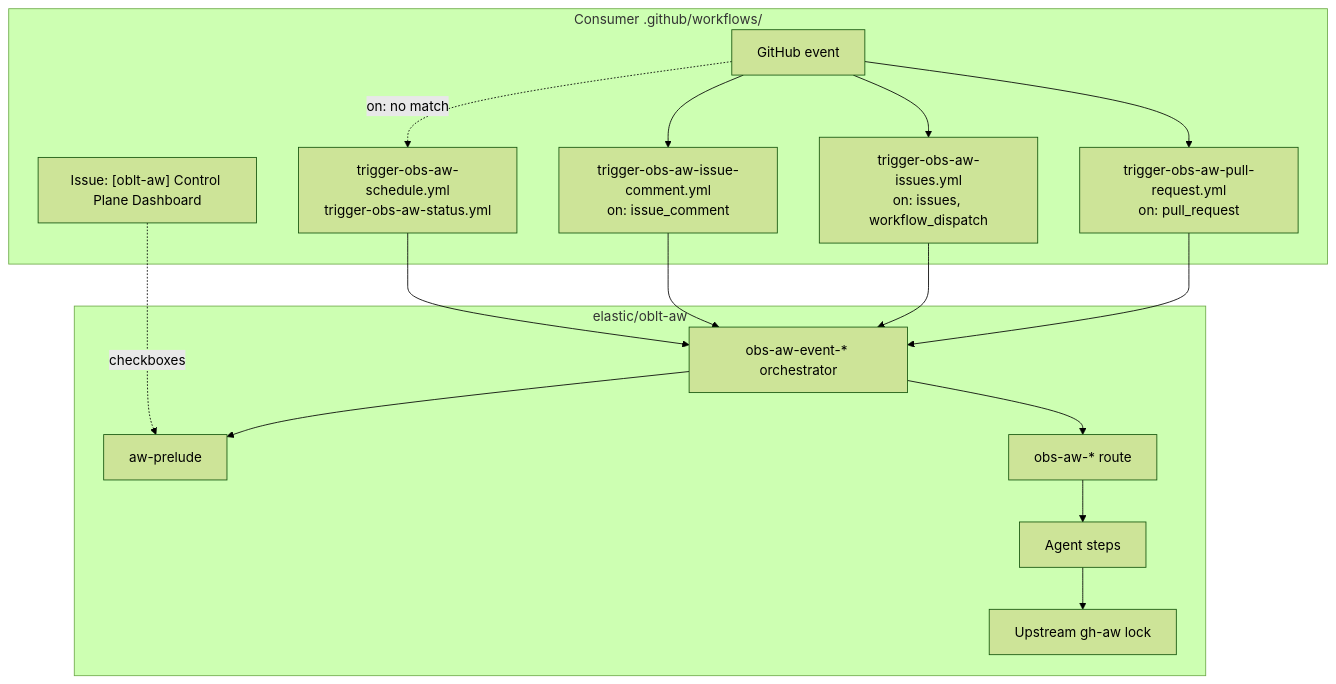
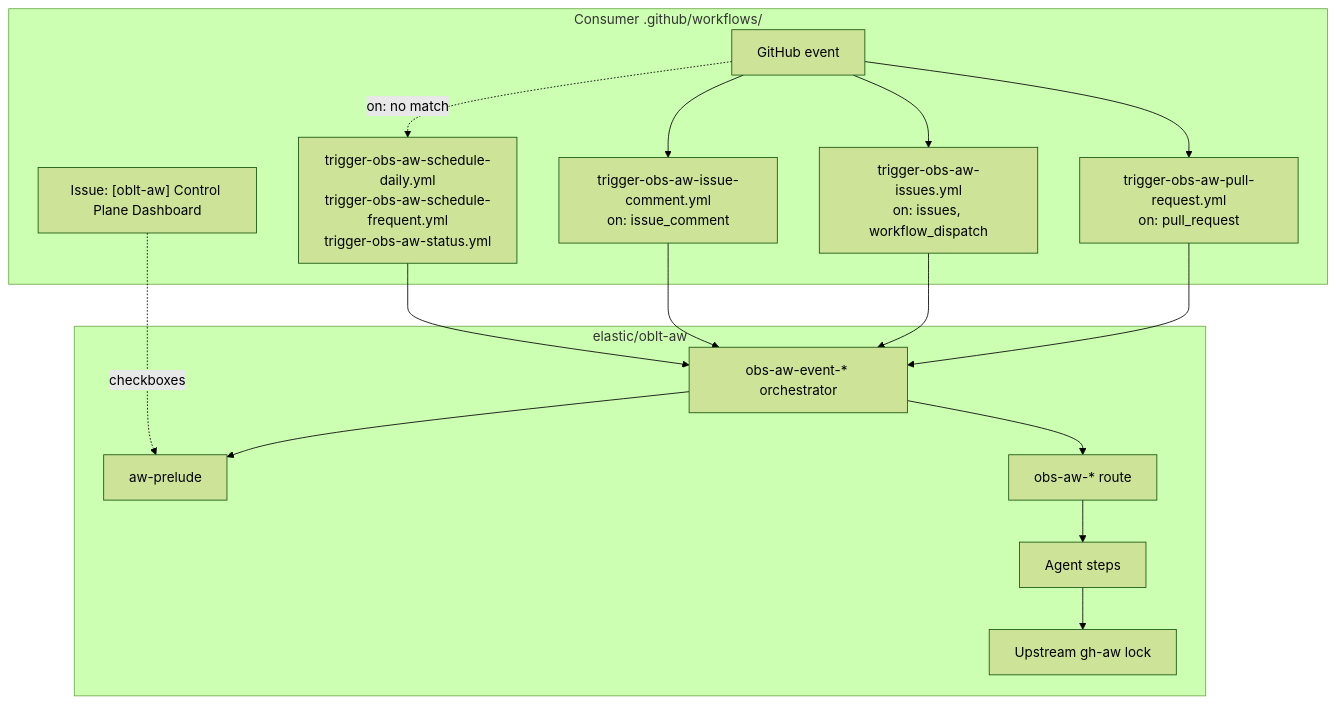
The diagram in docs/workflows/obs-aw-client-template.md (elastic/oblt-aw), drawn with Mermaid (forest theme) before and after one commit. The commit also changed other lines of this file and 28 other files, not shown here.

First line of the commit message:
fix(automerge): defer armed merges on the frequent schedule (#2218)

````diff
--- a/docs/workflows/obs-aw-client-template.md
+++ b/docs/workflows/obs-aw-client-template.md
@@ -21,32 +21,32 @@
 ```mermaid
 flowchart TB
   subgraph Consumer["Consumer .github/workflows/"]
     EVT["GitHub event"]
     C_PR["trigger-obs-aw-pull-request.yml\non: pull_request"]
     C_ISS["trigger-obs-aw-issues.yml\non: issues, workflow_dispatch"]
     C_COM["trigger-obs-aw-issue-comment.yml\non: issue_comment"]
-    C_SCH["trigger-obs-aw-schedule.yml\ntrigger-obs-aw-status.yml"]
+    C_SCH["trigger-obs-aw-schedule-daily.yml\ntrigger-obs-aw-schedule-frequent.yml\ntrigger-obs-aw-status.yml"]
     DASH["Issue: [oblt-aw] Control Plane Dashboard"]
     EVT --> C_PR
     EVT --> C_ISS
     EVT --> C_COM
     EVT -.->|on: no match| C_SCH
   end
 
   subgraph OBLT["elastic/oblt-aw"]
     ORCH["obs-aw-event-* orchestrator"]
     CTX["aw-prelude"]
     R["obs-aw-* route"]
     AG["Agent steps"]
     LOCK["Upstream gh-aw lock"]
     ORCH --> CTX
     ORCH --> R
     R --> AG --> LOCK
   end
 
   DASH -.->|checkboxes| CTX
   C_PR --> ORCH
   C_ISS --> ORCH
   C_COM --> ORCH
   C_SCH --> ORCH
 ```
````
